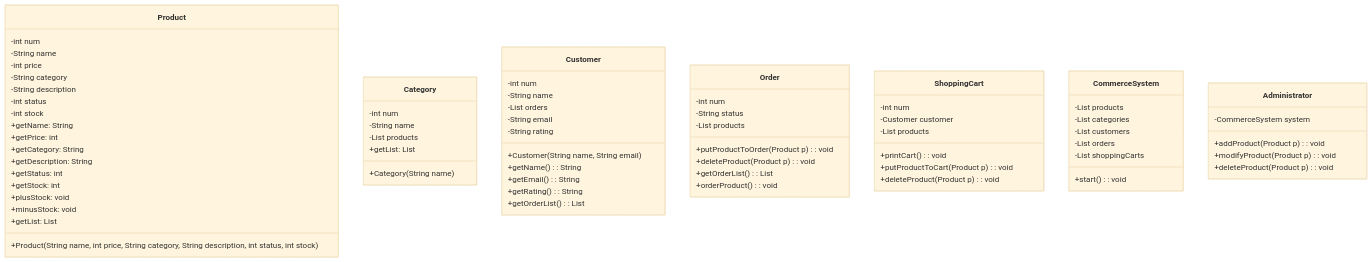
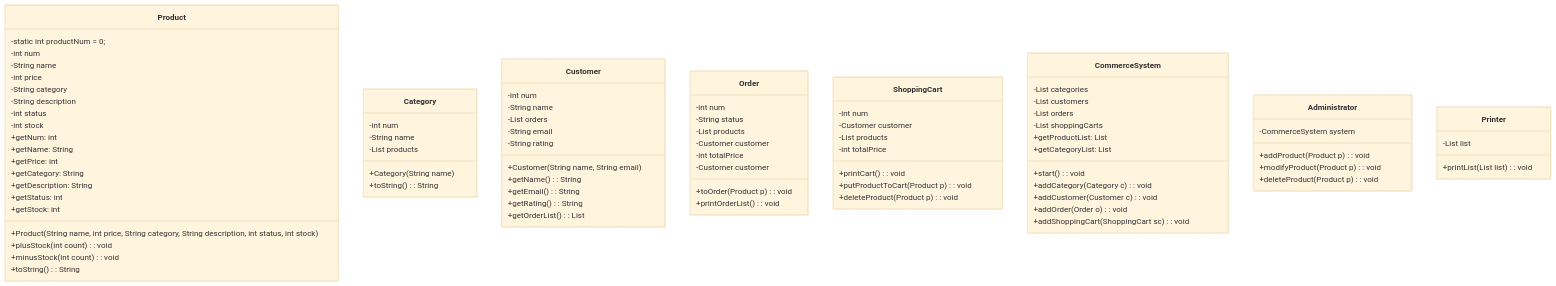
One commit to hhjo96/CH2Commerce changed the diagram in ReadMe.md. Above: the diagram before and after it, drawn with Mermaid (base theme).

Commit message:
ADD: 리드미(최신 수정 아님)

```diff
--- a/ReadMe.md
+++ b/ReadMe.md
@@ -6,6 +6,7 @@
 classDiagram
     direction TB
     class Product {
+        -static int productNum = 0;
         -int num
         -String name
         -int price
@@ -16,6 +17,7 @@
         
         +Product(String name, int price, String category, String description, int status, int stock)
         
+        +getNum: int
         +getName: String
         +getPrice: int
         +getCategory: String
@@ -23,12 +25,10 @@
         +getStatus: int
         +getStock: int
         
-        +plusStock: void
-        +minusStock: void
+        +plusStock(int count): void
+        +minusStock(int count): void
         
-        +getList: List<String>
-        
-        
+        +toString(): String
     }
     class Category {
         -int num
@@ -37,7 +37,7 @@
         
         +Category(String name)
         
-        +getList: List<String>
+        +toString(): String
     }
     class Customer {
         -int num
@@ -47,6 +47,7 @@
         -String rating
         
         +Customer(String name, String email)
+        
         
         +getName() : String
         +getEmail() : String
@@ -59,30 +60,39 @@
         -int num
         -String status
         -List<Product> products
-
-        +putProductToOrder(Product p): void
-        +deleteProduct(Product p): void
-        +getOrderList(): List<Product>
-        +orderProduct(): void
+        -Customer customer
+        -int totalPrice
+        -Customer customer
+        
+        +toOrder(Product p): void
+        +printOrderList(): void
         
     }
     class ShoppingCart {
         -int num
         -Customer customer
         -List<Product> products
+        -int totalPrice
         
         +printCart(): void
         +putProductToCart(Product p): void
         +deleteProduct(Product p): void
     }
     class CommerceSystem {
-        -List<Product> products
         -List<Category> categories
         -List<Customer> customers
         -List<Order> orders
         -List<ShoppingCart> shoppingCarts
         
         +start() : void
+
+        +getProductList: List<String>
+        +getCategoryList: List<String>
+        
+        +addCategory(Category c): void
+        +addCustomer(Customer c): void
+        +addOrder(Order o): void
+        +addShoppingCart(ShoppingCart sc): void
     }
     class Administrator {
         -CommerceSystem system
@@ -91,7 +101,10 @@
         +deleteProduct(Product p): void
  }
     
-
+class Printer {
+    -List<Product> list
+    +printList(List<Product> list): void
+}
 
 
 
```
